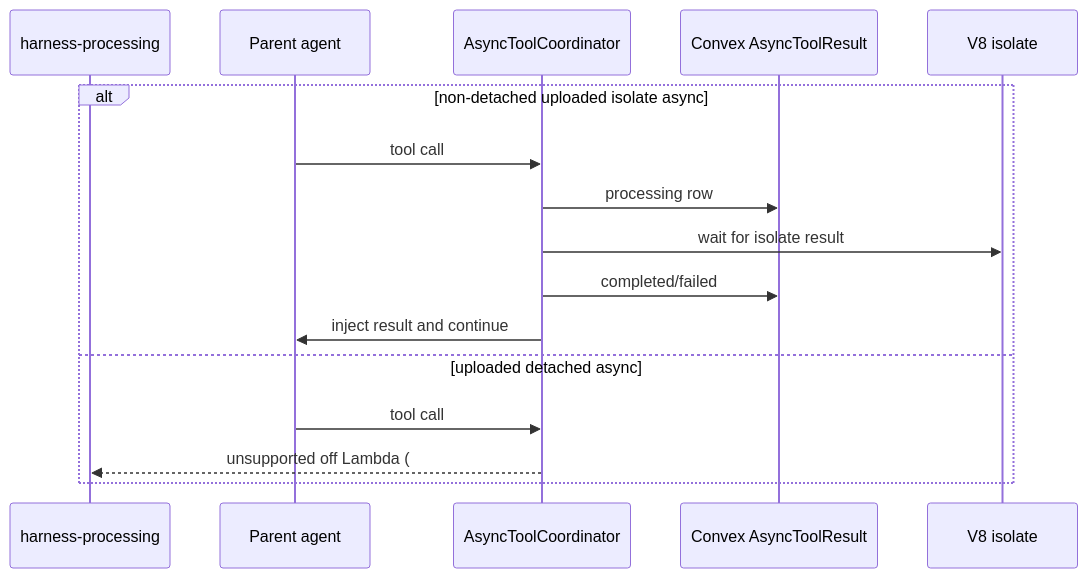
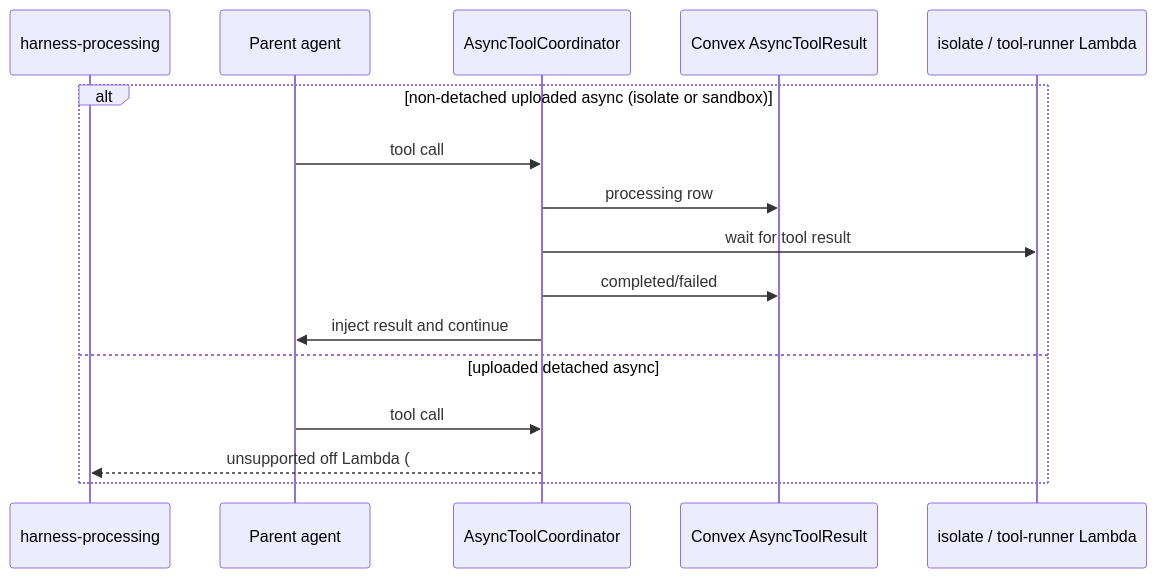
The third of 3 diagrams in apps/docs/docs/tools.md (beeblastco/broods), drawn with Mermaid before and after one commit. The commit also changed 5 other files, not shown here.

````diff
--- a/apps/docs/docs/tools.md
+++ b/apps/docs/docs/tools.md
@@ -119,19 +119,19 @@
 ```mermaid
 sequenceDiagram
   participant H as harness-processing
   participant P as Parent agent
   participant C as AsyncToolCoordinator
   participant D as Convex AsyncToolResult
-  participant I as V8 isolate
+  participant I as isolate / tool-runner Lambda
 
-  alt non-detached uploaded isolate async
+  alt non-detached uploaded async (isolate or sandbox)
     P->>C: tool call
     C->>D: processing row
-    C->>I: wait for isolate result
+    C->>I: wait for tool result
     C->>D: completed/failed
     C->>P: inject result and continue
   else uploaded detached async
     P->>C: tool call
     C-->>H: unsupported off Lambda (#82)
   end
 ```
````
